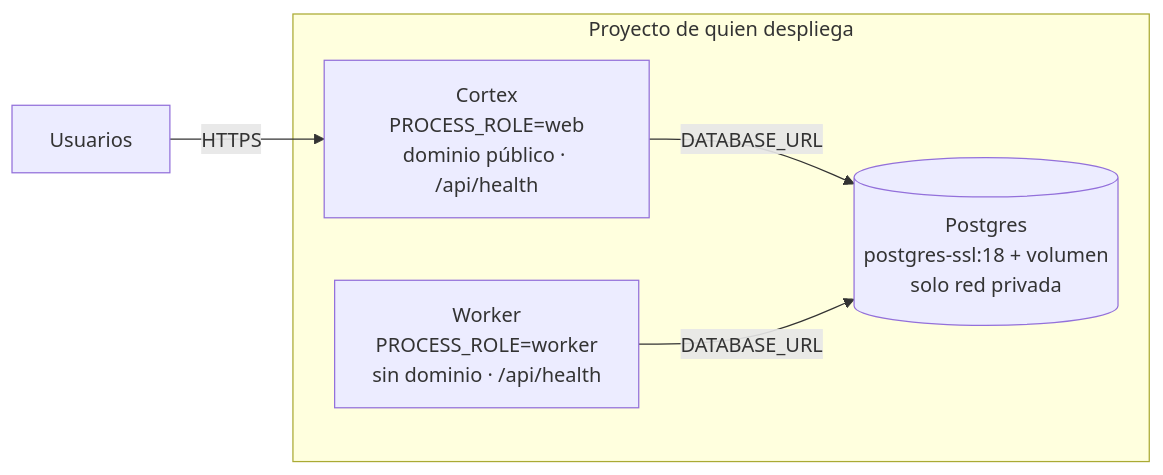
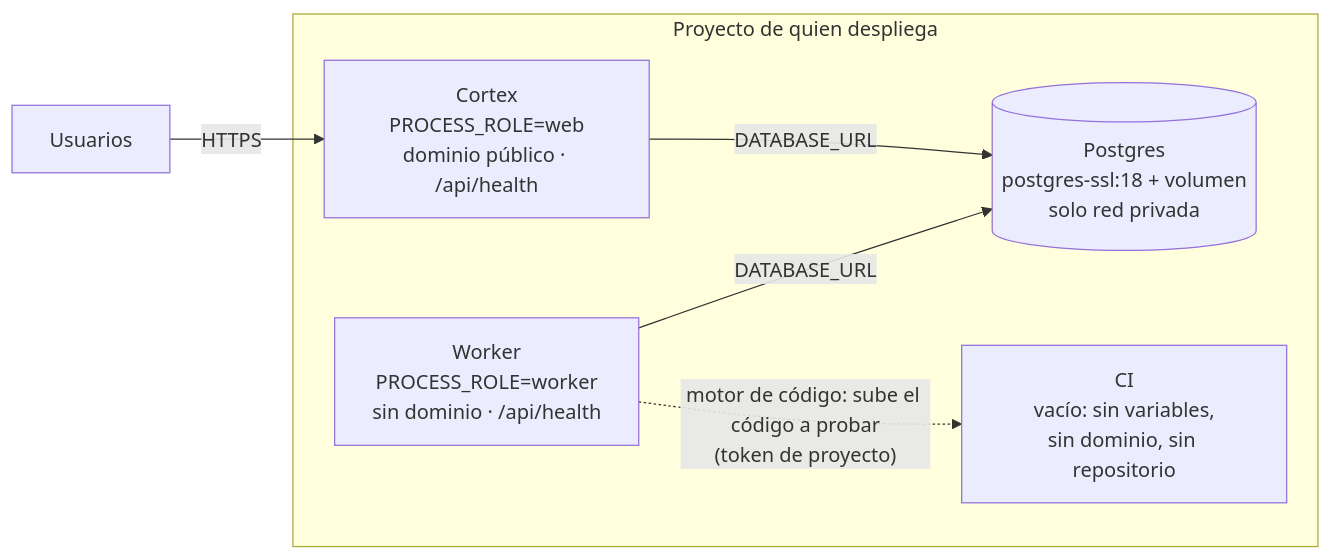
The diagram in docs/RAILWAY_TEMPLATE.md (CortexVed/cortex-crm), drawn with Mermaid before and after one commit. The commit also changed other lines of this file and 83 other files, not shown here.

````diff
--- a/docs/RAILWAY_TEMPLATE.md
+++ b/docs/RAILWAY_TEMPLATE.md
@@ -7,11 +7,13 @@
 ```mermaid
 flowchart LR
   U["Usuarios"] -->|"HTTPS"| C
   subgraph PRJ["Proyecto de quien despliega"]
     C["Cortex<br/>PROCESS_ROLE=web<br/>dominio público · /api/health"]
     W["Worker<br/>PROCESS_ROLE=worker<br/>sin dominio · /api/health"]
+    CI["CI<br/>vacío: sin variables,<br/>sin dominio, sin repositorio"]
     P[("Postgres<br/>postgres-ssl:18 + volumen<br/>solo red privada")]
   end
   C -->|"DATABASE_URL"| P
   W -->|"DATABASE_URL"| P
+  W -.->|"motor de código: sube el código a probar<br/>(token de proyecto)"| CI
 ```
````
